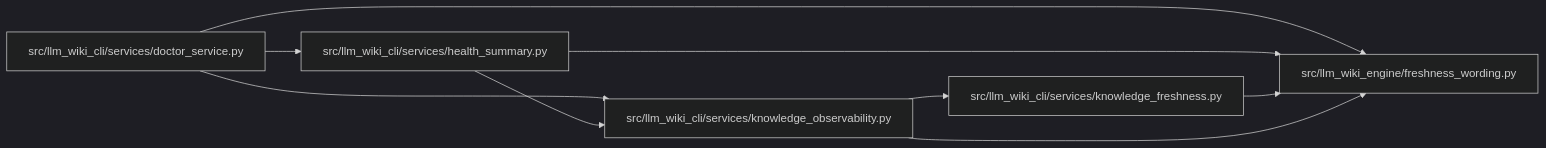
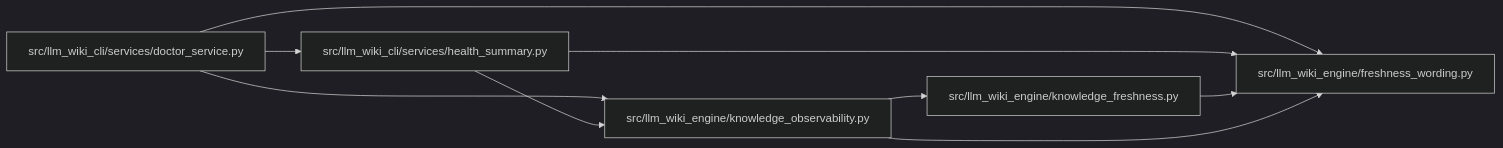
The diagram in docs/llm_wiki/modules/freshness_wording.md (Denissvgn/python-wiki-llm), drawn with Mermaid (dark theme) before and after one commit. The commit also changed 1058 other files, not shown here.

First line of the commit message:
docs: refresh the wiki for the knowledge store move

````diff
--- a/docs/llm_wiki/modules/freshness_wording.md
+++ b/docs/llm_wiki/modules/freshness_wording.md
@@ -12,21 +12,21 @@
 ```mermaid
 flowchart LR
     n0["src/llm_wiki_cli/services/doctor_service.py"]
     n1["src/llm_wiki_cli/services/health_summary.py"]
-    n2["src/llm_wiki_cli/services/knowledge_freshness.py"]
-    n3["src/llm_wiki_cli/services/knowledge_observability.py"]
-    n4["src/llm_wiki_engine/freshness_wording.py"]
+    n2["src/llm_wiki_engine/freshness_wording.py"]
+    n3["src/llm_wiki_engine/knowledge_freshness.py"]
+    n4["src/llm_wiki_engine/knowledge_observability.py"]
     n0 --> n1
-    n0 --> n3
+    n0 --> n2
     n0 --> n4
-    n1 --> n3
+    n1 --> n2
     n1 --> n4
-    n2 --> n4
     n3 --> n2
-    n3 --> n4
+    n4 --> n2
+    n4 --> n3
     click n0 "../modules/doctor_service.md"
     click n1 "../modules/health_summary.md"
-    click n2 "../modules/knowledge_freshness.md"
-    click n3 "../modules/knowledge_observability.md"
-    click n4 "../modules/freshness_wording.md"
+    click n2 "../modules/freshness_wording.md"
+    click n3 "../modules/knowledge_freshness.md"
+    click n4 "../modules/knowledge_observability.md"
 ```
````
